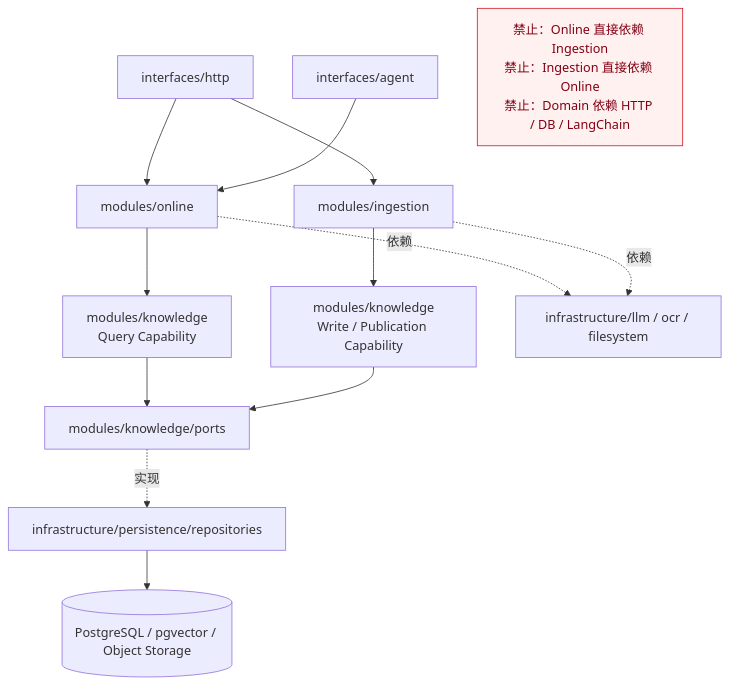
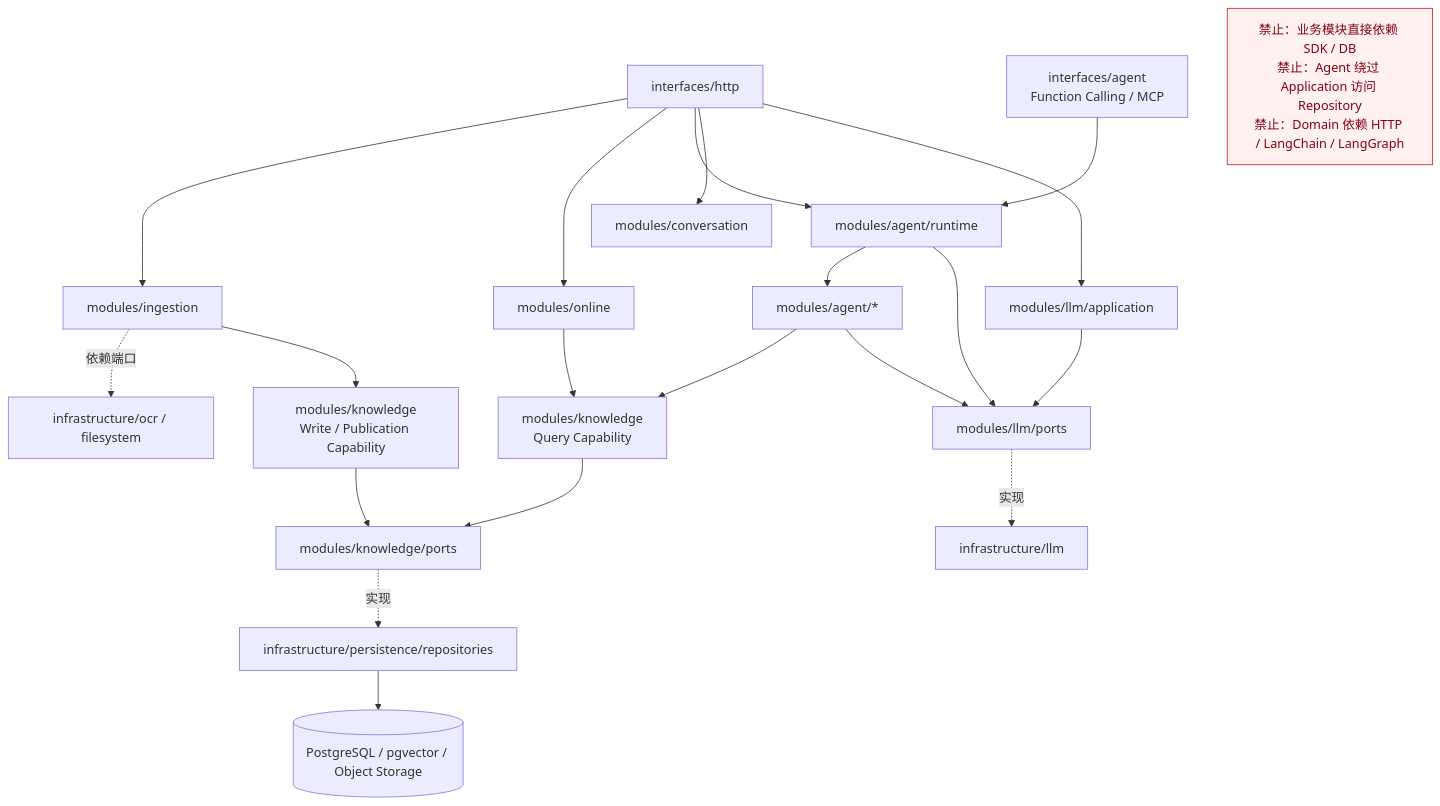
One commit to Hr222/bid-document-agent changed the second of 3 diagrams in ARCHITECTURE.md. Above: the diagram before and after it, drawn with Mermaid. The commit also changed other lines of this file and 31 other files, not shown here.

````diff
--- a/ARCHITECTURE.md
+++ b/ARCHITECTURE.md
@@ -165,31 +220,45 @@
 ```mermaid
 flowchart TB
     HTTP["interfaces/http"]
-    Agent["interfaces/agent"]
+    AgentProtocols["interfaces/agent<br/>Function Calling / MCP"]
+    LlmApplication["modules/llm/application"]
+    LlmPorts["modules/llm/ports"]
+    Conversation["modules/conversation"]
+    AgentRuntime["modules/agent/runtime"]
+    AgentCapabilities["modules/agent/*"]
     Online["modules/online"]
     Ingestion["modules/ingestion"]
     KnowledgeQuery["modules/knowledge<br/>Query Capability"]
     KnowledgeWrite["modules/knowledge<br/>Write / Publication Capability"]
     Ports["modules/knowledge/ports"]
     Repositories["infrastructure/persistence/repositories"]
-    Providers["infrastructure/llm / ocr / filesystem"]
+    LlmAdapters["infrastructure/llm"]
+    Providers["infrastructure/ocr / filesystem"]
     Storage[("PostgreSQL / pgvector / Object Storage")]
 
+    HTTP --> LlmApplication
+    HTTP --> Conversation
+    HTTP --> AgentRuntime
     HTTP --> Online
     HTTP --> Ingestion
-    Agent --> Online
+    AgentProtocols --> AgentRuntime
 
+    LlmApplication --> LlmPorts
+    AgentRuntime --> LlmPorts
+    AgentRuntime --> AgentCapabilities
+    AgentCapabilities --> LlmPorts
+    AgentCapabilities --> KnowledgeQuery
     Online --> KnowledgeQuery
     Ingestion --> KnowledgeWrite
     KnowledgeQuery --> Ports
     KnowledgeWrite --> Ports
     Ports -.实现.-> Repositories
+    LlmPorts -.实现.-> LlmAdapters
     Repositories --> Storage
-    Online -.依赖.-> Providers
-    Ingestion -.依赖.-> Providers
+    Ingestion -.依赖端口.-> Providers
 
-    Forbidden["禁止：Online 直接依赖 Ingestion<br/>禁止：Ingestion 直接依赖 Online<br/>禁止：Domain 依赖 HTTP / DB / LangChain"]
+    Forbidden["禁止：业务模块直接依赖 SDK / DB<br/>禁止：Agent 绕过 Application 访问 Repository<br/>禁止：Domain 依赖 HTTP / LangChain / LangGraph"]
 
     classDef forbidden fill:#fff1f0,stroke:#cf1322,color:#820014;
     class Forbidden forbidden;
 ```
````
